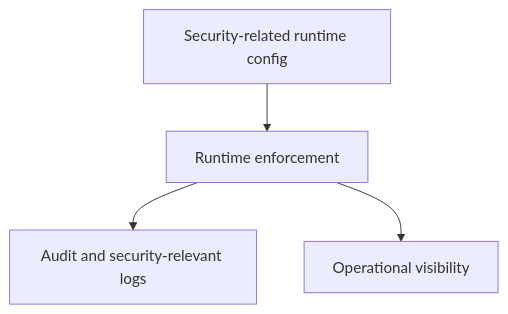
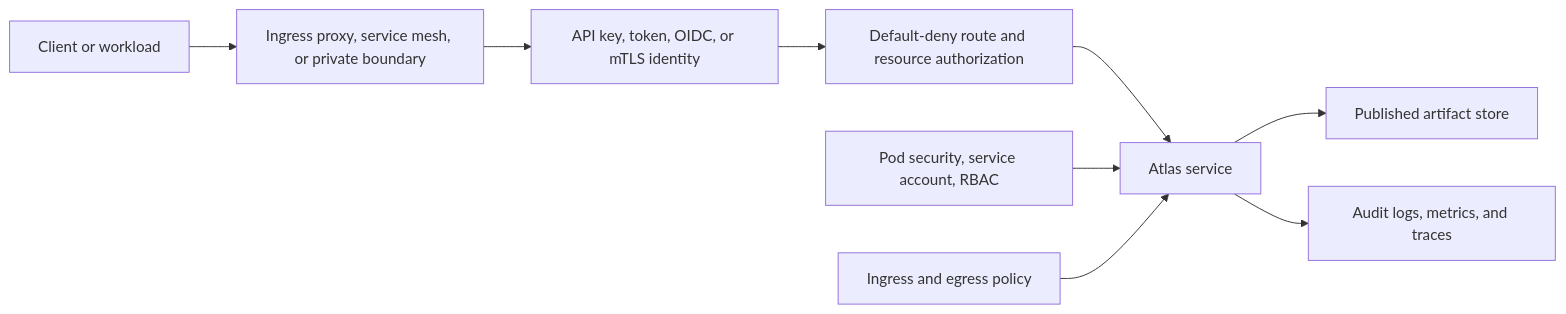
One commit to bijux/bijux-atlas changed the first of 2 diagrams in docs/bijux-atlas-ops/kubernetes/security-operations.md. Above: the diagram before and after it, drawn with Mermaid. The commit also changed other lines of this file and 2 other files, not shown here.

Commit message:
docs(security): define runtime protection and incident response

````diff
--- a/docs/bijux-atlas-ops/kubernetes/security-operations.md
+++ b/docs/bijux-atlas-ops/kubernetes/security-operations.md
@@ -29,6 +19,11 @@
 ```mermaid
-flowchart TD
-    Config[Security-related runtime config] --> Runtime[Runtime enforcement]
-    Runtime --> Logs[Audit and security-relevant logs]
-    Runtime --> Health[Operational visibility]
+flowchart LR
+    Client[Client or workload] --> Edge[Ingress proxy, service mesh, or private boundary]
+    Edge --> Identity[API key, token, OIDC, or mTLS identity]
+    Identity --> Authz[Default-deny route and resource authorization]
+    Authz --> Runtime[Atlas service]
+    Runtime --> Store[Published artifact store]
+    Runtime --> Audit[Audit logs, metrics, and traces]
+    Workload[Pod security, service account, RBAC] --> Runtime
+    Network[Ingress and egress policy] --> Runtime
 ```
````
